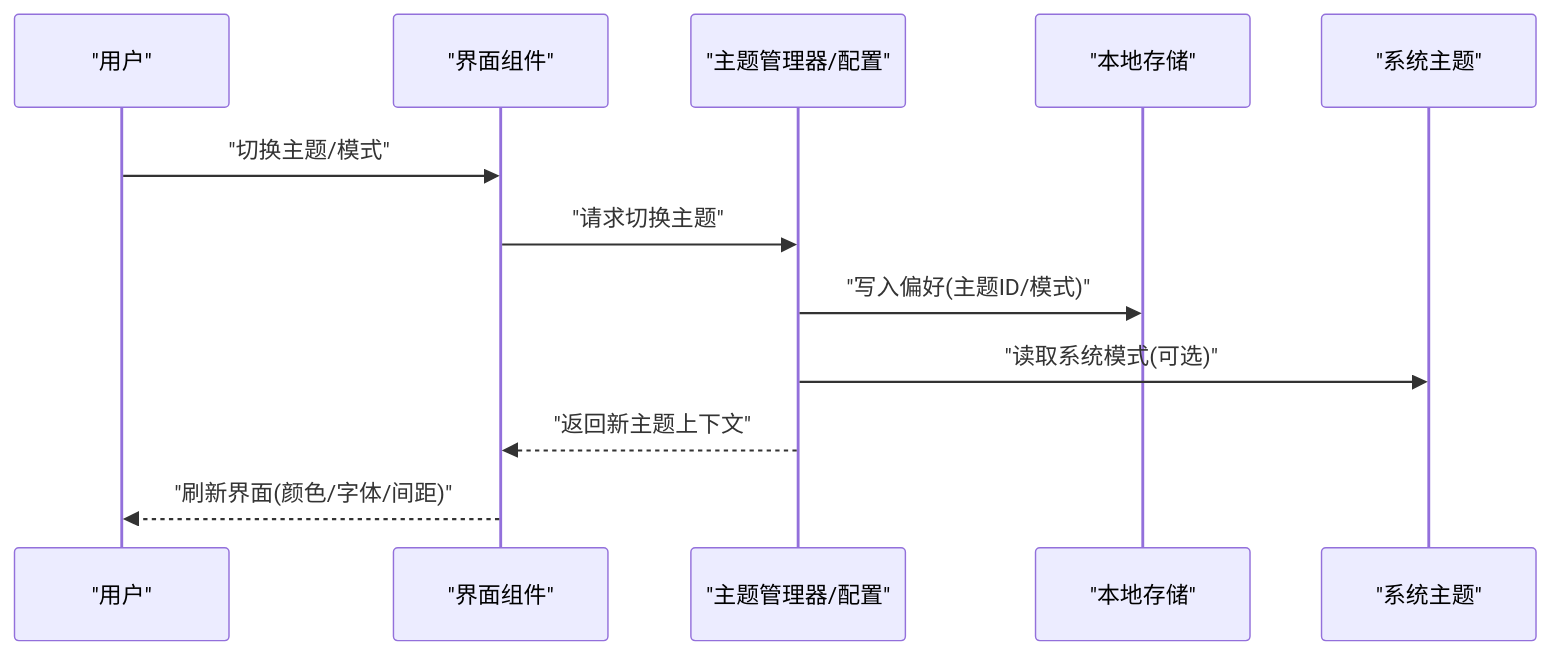
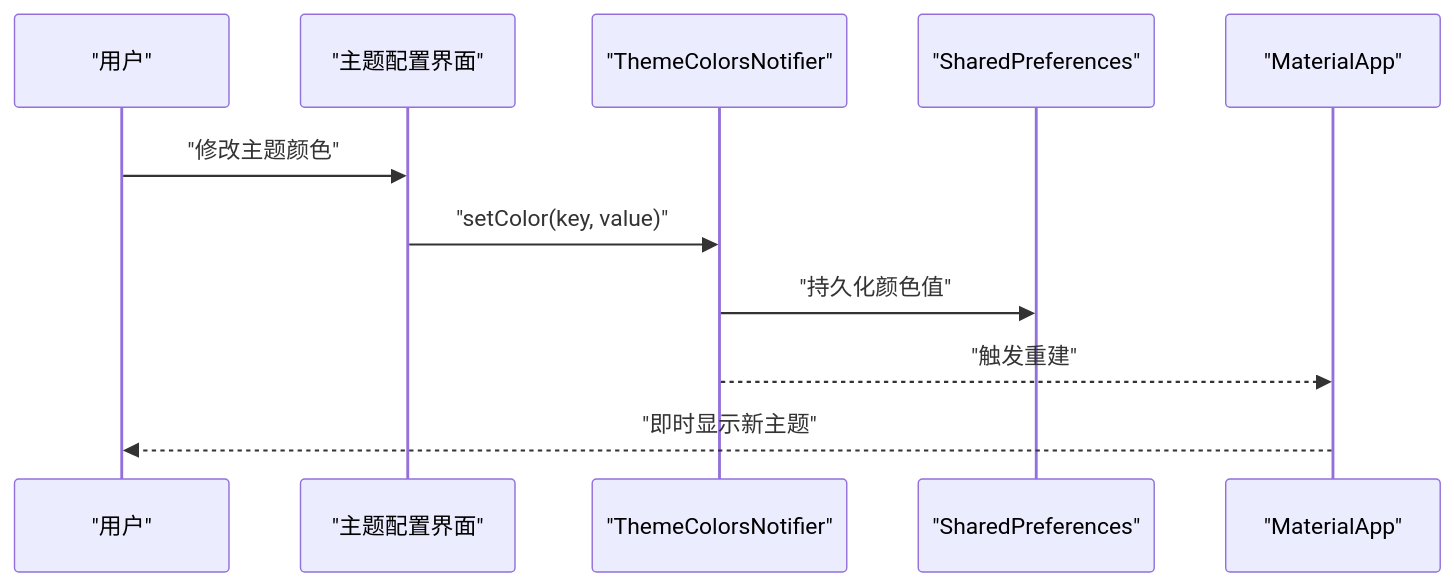
Before and after one commit to ZhangGHGitHub/LegadoTeamFlutter: the second of 4 diagrams in .qoder/repowiki/zh/content/Web管理界面/主题系统.md, drawn with Mermaid. The commit also changed other lines of this file and 173 other files, not shown here.

````diff
--- a/.qoder/repowiki/zh/content/Web管理界面/主题系统.md
+++ b/.qoder/repowiki/zh/content/Web管理界面/主题系统.md
@@ -114,14 +118,13 @@
 ```mermaid
 sequenceDiagram
 participant User as "用户"
-participant UI as "界面组件"
-participant Manager as "主题管理器/配置"
-participant Storage as "本地存储"
-participant OS as "系统主题"
-User->>UI : "切换主题/模式"
-UI->>Manager : "请求切换主题"
-Manager->>Storage : "写入偏好(主题ID/模式)"
-Manager->>OS : "读取系统模式(可选)"
-Manager-->>UI : "返回新主题上下文"
-UI-->>User : "刷新界面(颜色/字体/间距)"
+participant UI as "主题配置界面"
+participant Notifier as "ThemeColorsNotifier"
+participant Storage as "SharedPreferences"
+participant App as "MaterialApp"
+User->>UI : "修改主题颜色"
+UI->>Notifier : "setColor(key, value)"
+Notifier->>Storage : "持久化颜色值"
+Notifier-->>App : "触发重建"
+App-->>User : "即时显示新主题"
 ```
````
